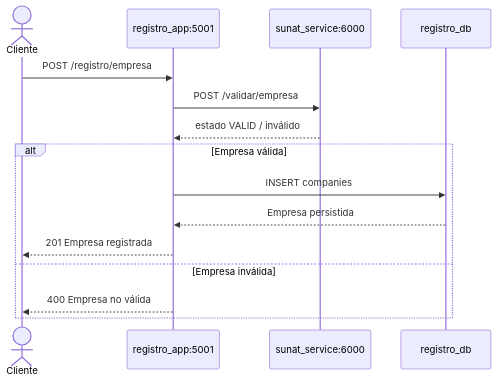
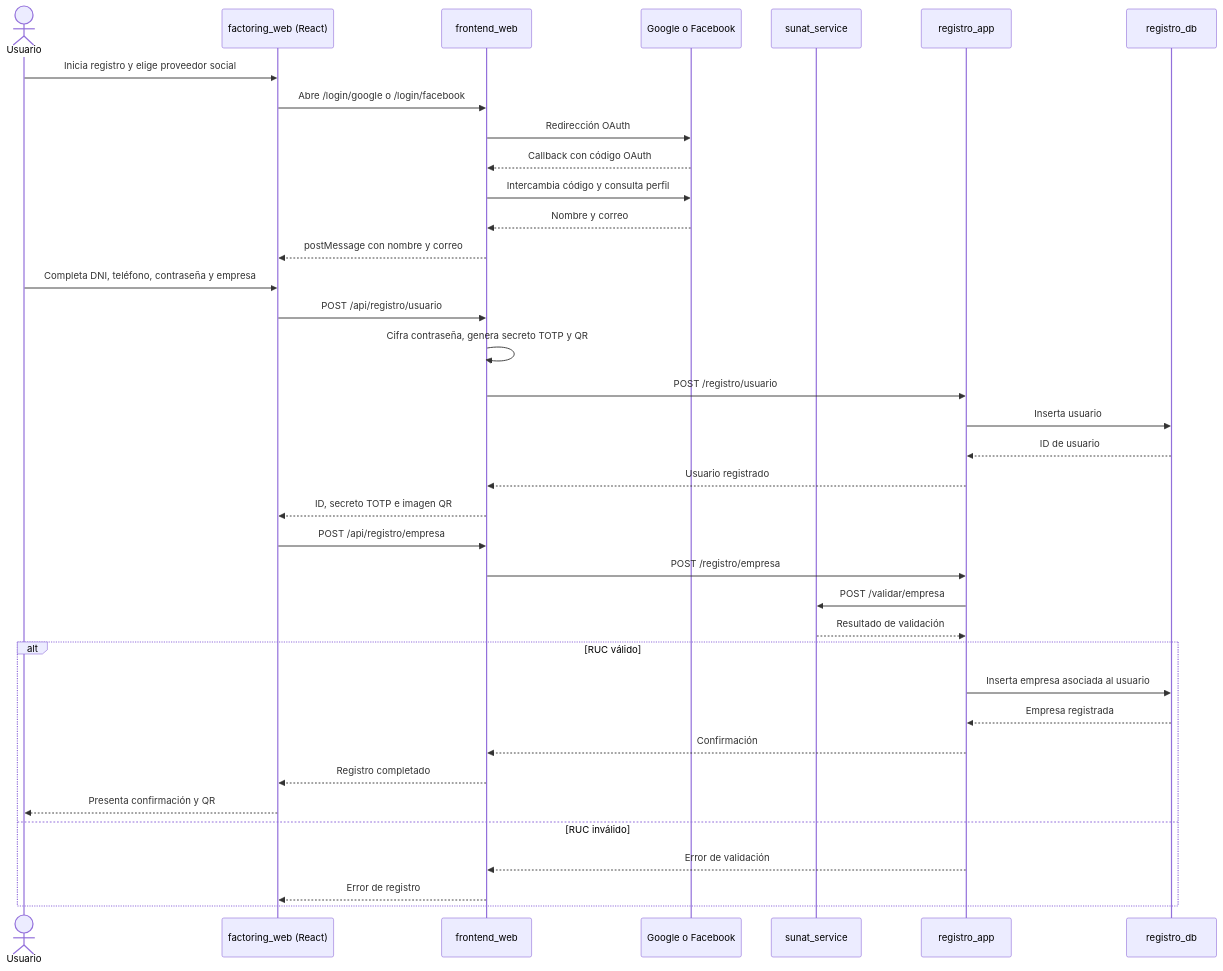
Before and after one commit to syslet/tecsup-arq-factoring-dist: the second of 6 diagrams in README.md, drawn with Mermaid. The commit also changed other lines of this file and 28 other files, not shown here.

````diff
--- a/README.md
+++ b/README.md
@@ -159,18 +184,40 @@
 ```mermaid
 sequenceDiagram
-    actor Cliente
-    participant Registro as registro_app:5001
-    participant SUNAT as sunat_service:6000
+    actor Usuario
+    participant Web as factoring_web (React)
+    participant API as frontend_web
+    participant Proveedor as Google o Facebook
+    participant SUNAT as sunat_service
+    participant Registro as registro_app
     participant DB as registro_db
 
-    Cliente->>Registro: POST /registro/empresa
+    Usuario->>Web: Inicia registro y elige proveedor social
+    Web->>API: Abre /login/google o /login/facebook
+    API->>Proveedor: Redirección OAuth
+    Proveedor-->>API: Callback con código OAuth
+    API->>Proveedor: Intercambia código y consulta perfil
+    Proveedor-->>API: Nombre y correo
+    API-->>Web: postMessage con nombre y correo
+    Usuario->>Web: Completa DNI, teléfono, contraseña y empresa
+    Web->>API: POST /api/registro/usuario
+    API->>API: Cifra contraseña, genera secreto TOTP y QR
+    API->>Registro: POST /registro/usuario
+    Registro->>DB: Inserta usuario
+    DB-->>Registro: ID de usuario
+    Registro-->>API: Usuario registrado
+    API-->>Web: ID, secreto TOTP e imagen QR
+    Web->>API: POST /api/registro/empresa
+    API->>Registro: POST /registro/empresa
     Registro->>SUNAT: POST /validar/empresa
-    SUNAT-->>Registro: estado VALID / inválido
-    alt Empresa válida
-        Registro->>DB: INSERT companies
-        DB-->>Registro: Empresa persistida
-        Registro-->>Cliente: 201 Empresa registrada
-    else Empresa inválida
-        Registro-->>Cliente: 400 Empresa no válida
+    SUNAT-->>Registro: Resultado de validación
+    alt RUC válido
+        Registro->>DB: Inserta empresa asociada al usuario
+        DB-->>Registro: Empresa registrada
+        Registro-->>API: Confirmación
+        API-->>Web: Registro completado
+        Web-->>Usuario: Presenta confirmación y QR
+    else RUC inválido
+        Registro-->>API: Error de validación
+        API-->>Web: Error de registro
     end
 ```
````
